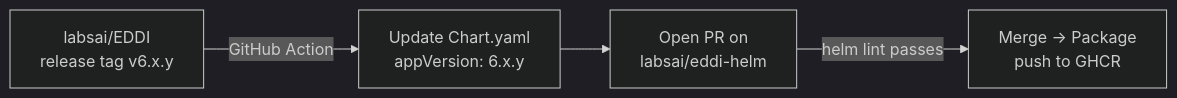
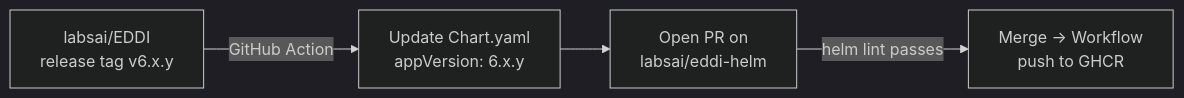
One commit to labsai/EDDI changed the second of 2 diagrams in docs/v6-planning/eddi-sdk-architecture.md. Above: the diagram before and after it, drawn with Mermaid (dark theme). The commit also changed other lines of this file and 357 other files, not shown here.

````diff
--- a/docs/v6-planning/eddi-sdk-architecture.md
+++ b/docs/v6-planning/eddi-sdk-architecture.md
@@ -347,6 +348,6 @@
 ```mermaid
 graph LR
     A["labsai/EDDI<br/>release tag v6.x.y"] -->|GitHub Action| B["Update Chart.yaml<br/>appVersion: 6.x.y"]
     B --> C["Open PR on<br/>labsai/eddi-helm"]
-    C -->|helm lint passes| D["Merge → Package<br/>push to GHCR"]
+    C -->|helm lint passes| D["Merge → Workflow<br/>push to GHCR"]
 ```
````
